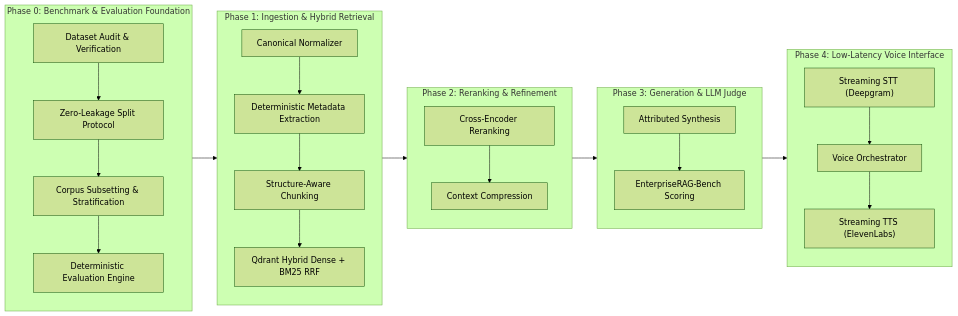
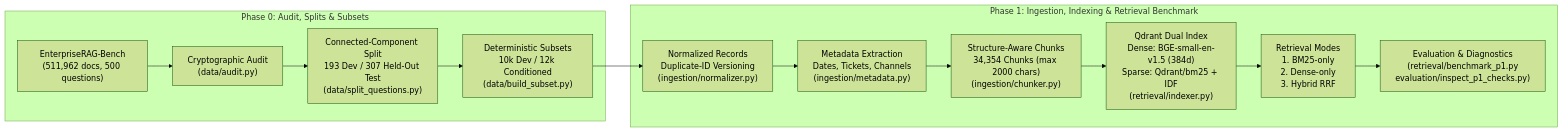
Before and after one commit to kanchanpotdar/voicenterprise: the diagram in README.md, drawn with Mermaid (forest theme). The commit also changed other lines of this file and 9 other files, not shown here.

Commit message:
chore: finalize Phase 1 retrieval pipeline and benchmarks

````diff
--- a/README.md
+++ b/README.md
@@ -30,28 +45,18 @@
 ```mermaid
 flowchart LR
-    subgraph P0["Phase 0: Benchmark & Evaluation Foundation"]
-        A1["Dataset Audit & Verification"] --> A2["Zero-Leakage Split Protocol"]
-        A2 --> A3["Corpus Subsetting & Stratification"]
-        A3 --> A4["Deterministic Evaluation Engine"]
+    subgraph P0["Phase 0: Audit, Splits & Subsets"]
+        A1["EnterpriseRAG-Bench\n(511,962 docs, 500 questions)"] --> A2["Cryptographic Audit\n(data/audit.py)"]
+        A2 --> A3["Connected-Component Split\n193 Dev / 307 Held-Out Test\n(data/split_questions.py)"]
+        A3 --> A4["Deterministic Subsets\n10k Dev / 12k Conditioned\n(data/build_subset.py)"]
     end
 
-    subgraph P1["Phase 1: Ingestion & Hybrid Retrieval"]
-        B1["Canonical Normalizer"] --> B2["Deterministic Metadata Extraction"]
-        B2 --> B3["Structure-Aware Chunking"]
-        B3 --> B4["Qdrant Hybrid Dense + BM25 RRF"]
+    subgraph P1["Phase 1: Ingestion, Indexing & Retrieval Benchmark"]
+        B1["Normalized Records\nDuplicate-ID Versioning\n(ingestion/normalizer.py)"] --> B2["Metadata Extraction\nDates, Tickets, Channels\n(ingestion/metadata.py)"]
+        B2 --> B3["Structure-Aware Chunks\n34,354 Chunks (max 2000 chars)\n(ingestion/chunker.py)"]
+        B3 --> B4["Qdrant Dual Index\nDense: BGE-small-en-v1.5 (384d)\nSparse: Qdrant/bm25 + IDF\n(retrieval/indexer.py)"]
+        B4 --> B5["Retrieval Modes\n1. BM25-only\n2. Dense-only\n3. Hybrid RRF"]
+        B5 --> B6["Evaluation & Diagnostics\n(retrieval/benchmark_p1.py\nevaluation/inspect_p1_checks.py)"]
     end
 
-    subgraph P2["Phase 2: Reranking & Refinement"]
-        C1["Cross-Encoder Reranking"] --> C2["Context Compression"]
-    end
-
-    subgraph P3["Phase 3: Generation & LLM Judge"]
-        D1["Attributed Synthesis"] --> D2["EnterpriseRAG-Bench Scoring"]
-    end
-
-    subgraph P4["Phase 4: Low-Latency Voice Interface"]
-        E1["Streaming STT (Deepgram)"] --> E2["Voice Orchestrator"] --> E3["Streaming TTS (ElevenLabs)"]
-    end
-
-    P0 --> P1 --> P2 --> P3 --> P4
+    A4 --> B1
 ```
````
